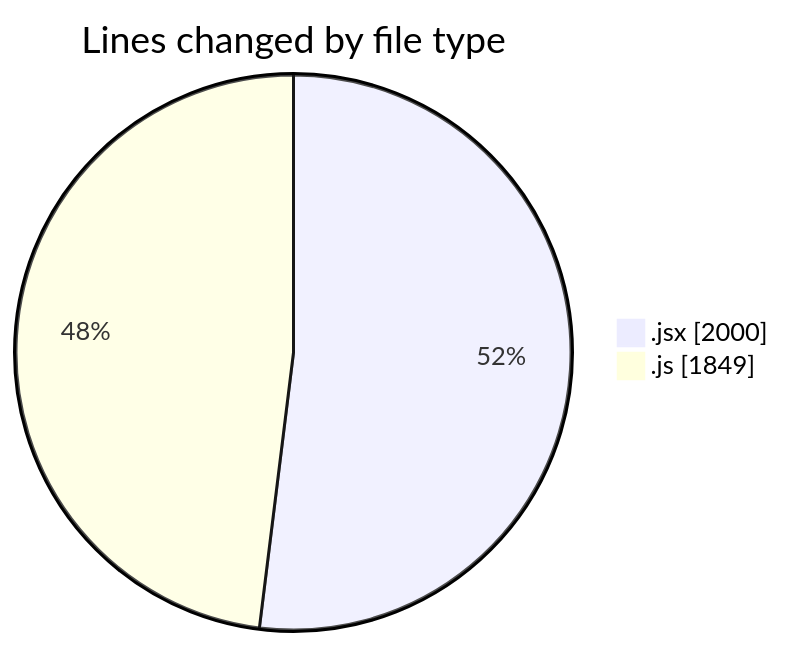
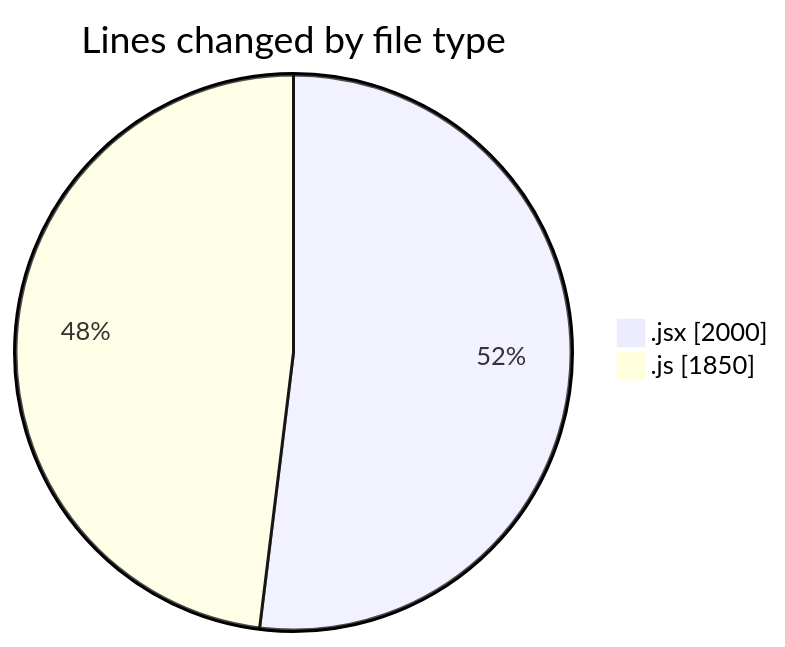
The first of 2 diagrams in 2025-09-21/nxtqube_webapp/README.md (nxtqubesakshisongat/code-tracking), drawn with Mermaid before and after one commit. The commit also changed other lines of this file and 1 other file, not shown here.

````diff
--- a/2025-09-21/nxtqube_webapp/README.md
+++ b/2025-09-21/nxtqube_webapp/README.md
@@ -23,6 +23,6 @@
 ```mermaid
 pie showData
 title Lines changed by file type
 ".jsx" : 2000
-".js" : 1849
+".js" : 1850
 ```
````
